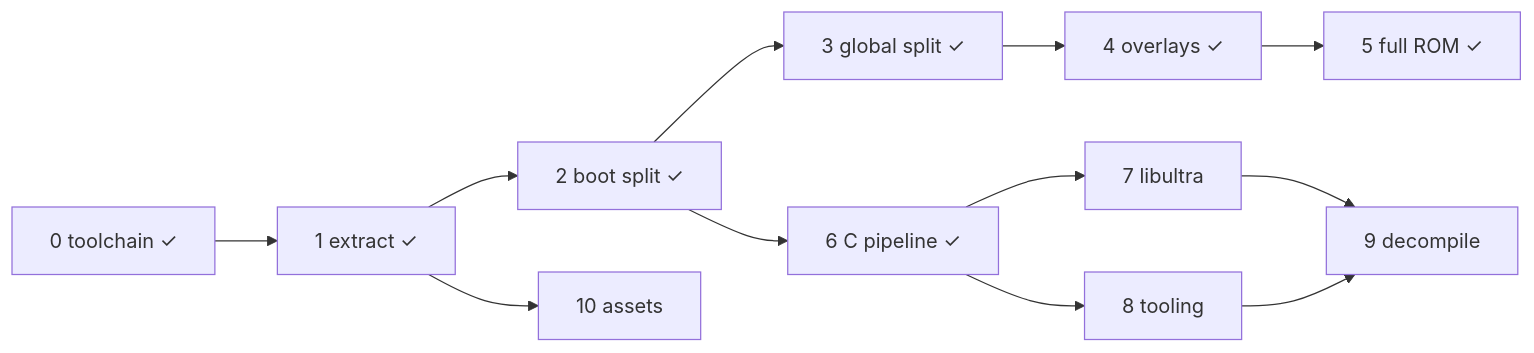
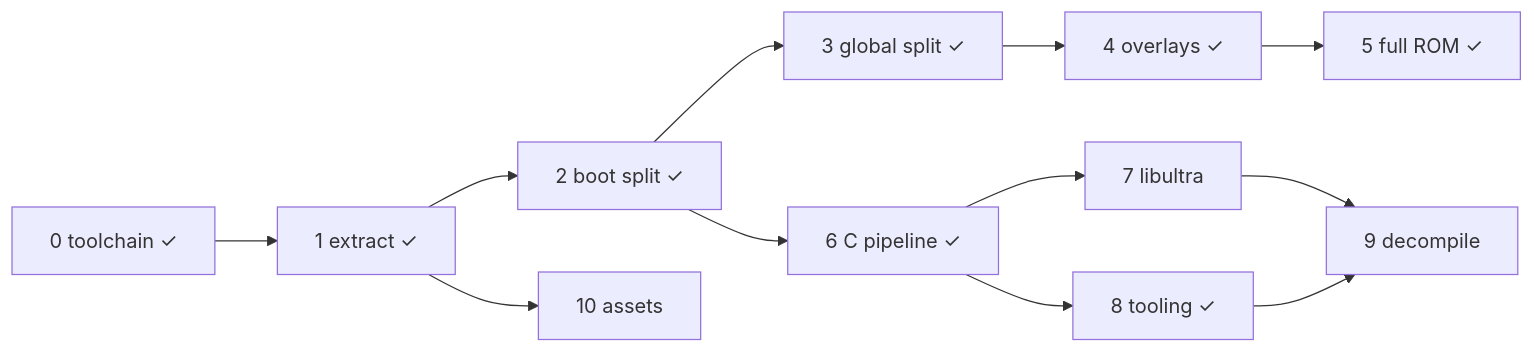
The diagram in ROADMAP.md (Unstripped/decomp_dk64), drawn with Mermaid before and after one commit. The commit also changed other lines of this file and 19 other files, not shown here.

````diff
--- a/ROADMAP.md
+++ b/ROADMAP.md
@@ -83,7 +78,7 @@
 ```mermaid
 graph LR
   C0[0 toolchain ✓] --> C1[1 extract ✓] --> C2[2 boot split ✓] --> C3[3 global split ✓] --> C4[4 overlays ✓] --> C5[5 full ROM ✓]
   C2 --> C6[6 C pipeline ✓] --> C7[7 libultra] --> C9[9 decompile]
-  C6 --> C8[8 tooling] --> C9
+  C6 --> C8[8 tooling ✓] --> C9
   C1 --> C10[10 assets]
 ```
````
